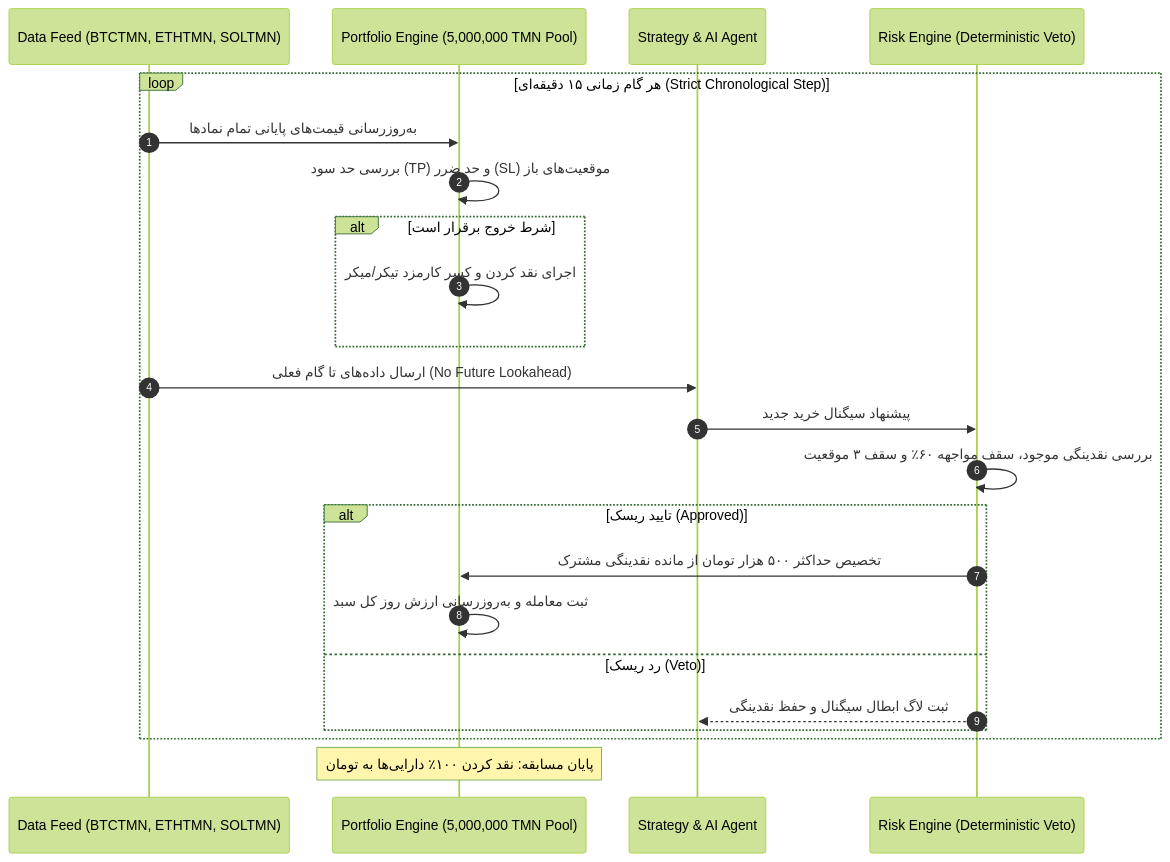
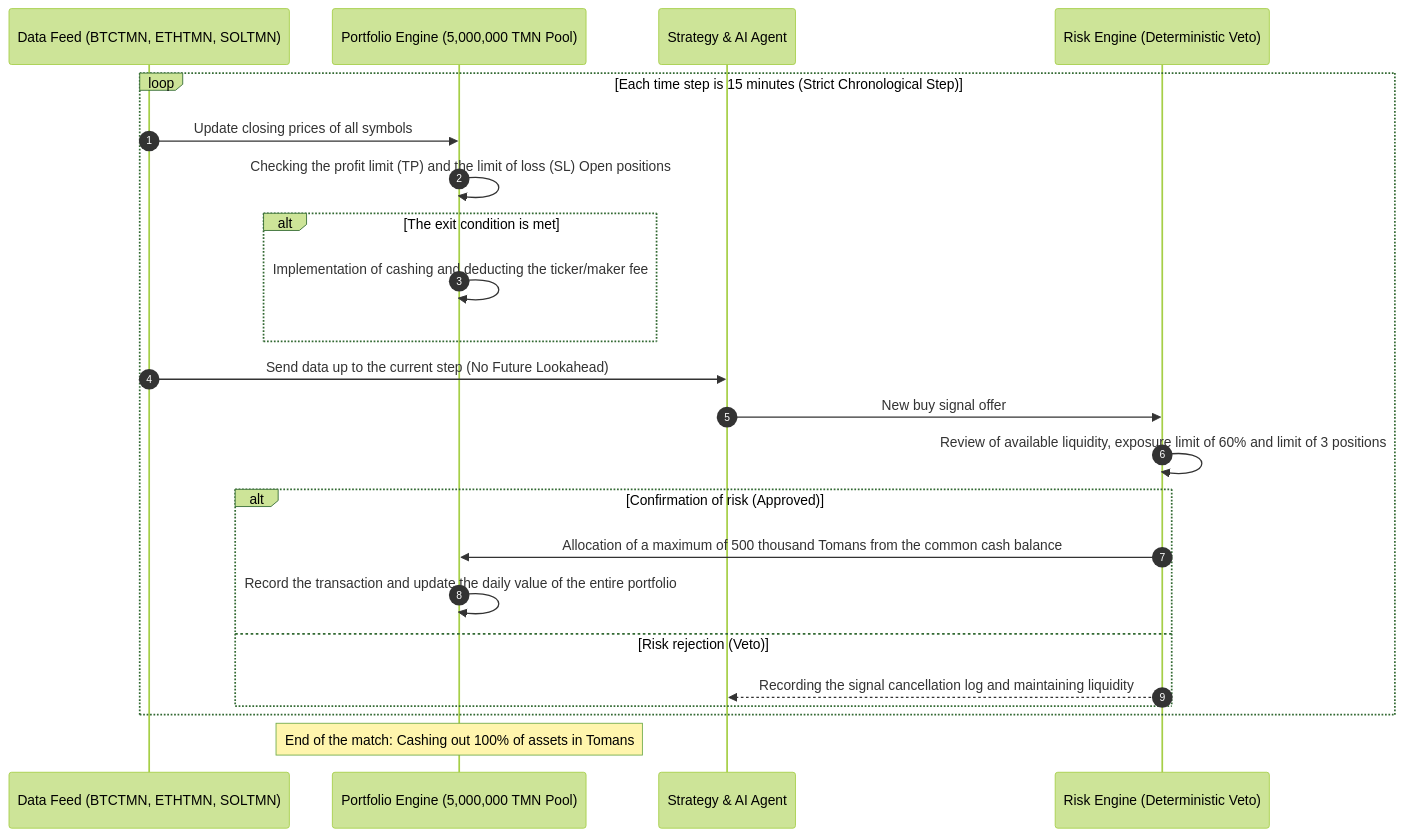
One commit to AliFazelniya/wallextrade changed the diagram in docs/PORTFOLIO_BACKTEST_REPORT.md. Above: the diagram before and after it, drawn with Mermaid (forest theme). The commit also changed other lines of this file and 81 other files, not shown here.

````diff
--- a/docs/PORTFOLIO_BACKTEST_REPORT.md
+++ b/docs/PORTFOLIO_BACKTEST_REPORT.md
@@ -26,26 +26,26 @@
 ```mermaid
 sequenceDiagram
     autonumber
     participant D as Data Feed (BTCTMN, ETHTMN, SOLTMN)
     participant E as Portfolio Engine (5,000,000 TMN Pool)
     participant S as Strategy & AI Agent
     participant R as Risk Engine (Deterministic Veto)
 
-    loop هر گام زمانی ۱۵ دقیقه‌ای (Strict Chronological Step)
-        D->>E: به‌روزرسانی قیمت‌های پایانی تمام نمادها
-        E->>E: بررسی حد سود (TP) و حد ضرر (SL) موقعیت‌های باز
-        alt شرط خروج برقرار است
-            E->>E: اجرای نقد کردن و کسر کارمزد تیکر/میکر
+    loop Each time step is 15 minutes (Strict Chronological Step)
+        D->>E: Update closing prices of all symbols
+        E->>E: Checking the profit limit (TP) and the limit of loss (SL) Open positions
+        alt The exit condition is met
+            E->>E: Implementation of cashing and deducting the ticker/maker fee
         end
-        D->>S: ارسال داده‌های تا گام فعلی (No Future Lookahead)
-        S->>R: پیشنهاد سیگنال خرید جدید
-        R->>R: بررسی نقدینگی موجود، سقف مواجهه ۶۰٪ و سقف ۳ موقعیت
-        alt تایید ریسک (Approved)
-            R->>E: تخصیص حداکثر ۵۰۰ هزار تومان از مانده نقدینگی مشترک
-            E->>E: ثبت معامله و به‌روزرسانی ارزش روز کل سبد
-        else رد ریسک (Veto)
-            R-->>S: ثبت لاگ ابطال سیگنال و حفظ نقدینگی
+        D->>S: Send data up to the current step (No Future Lookahead)
+        S->>R: New buy signal offer
+        R->>R: Review of available liquidity, exposure limit of 60% and limit of 3 positions
+        alt Confirmation of risk (Approved)
+            R->>E: Allocation of a maximum of 500 thousand Tomans from the common cash balance
+            E->>E: Record the transaction and update the daily value of the entire portfolio
+        else Risk rejection (Veto)
+            R-->>S: Recording the signal cancellation log and maintaining liquidity
         end
     end
-    Note over E: پایان مسابقه: نقد کردن ۱۰۰٪ دارایی‌ها به تومان
+    Note over E: End of the match: Cashing out 100% of assets in Tomans
 ```
````
